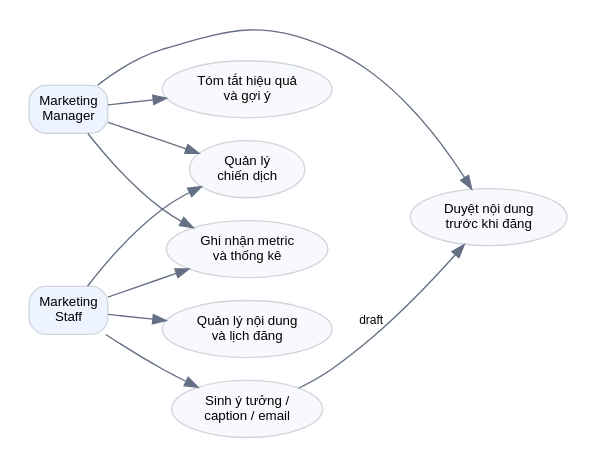
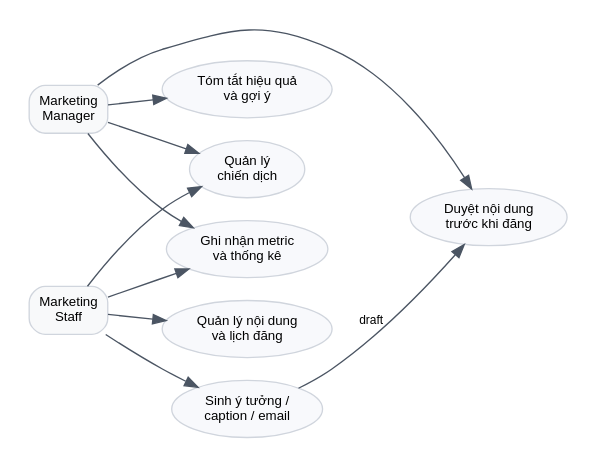
One commit to hieu-kiien/he-thong-quan-ly-chien-dich-marketing-co-tich-hop-ai changed the diagram in docs/diagrams/usecase.dot. Above: the diagram before and after it, drawn with Graphviz. The commit also changed 100 other files, not shown here.

```diff
--- a/docs/diagrams/usecase.dot
+++ b/docs/diagrams/usecase.dot
@@ -1,16 +1,16 @@
 digraph usecase {
   graph [rankdir=LR, bgcolor="white", pad=0.2, nodesep=0.25, ranksep=0.55];
   node [shape=ellipse, fontname="Arial", fontsize=10, style="filled", fillcolor="#f8f9fc", color="#d0d5dd"];
-  edge [fontname="Arial", fontsize=9, color="#667085"];
-  manager [label="Marketing\nManager", shape=box, style="rounded,filled", fillcolor="#eef4ff"];
-  staff [label="Marketing\nStaff", shape=box, style="rounded,filled", fillcolor="#eef4ff"];
+  edge [fontname="Arial", fontsize=9, color="#4b5563"];
+  manager [label="Marketing\nManager", shape=box, style="rounded,filled", fillcolor="#f8f9fa"];
+  staff [label="Marketing\nStaff", shape=box, style="rounded,filled", fillcolor="#f8f9fa"];
   campaign [label="Quản lý\nchiến dịch"];
   content [label="Quản lý nội dung\nvà lịch đăng"];
   metric [label="Ghi nhận metric\nvà thống kê"];
   approval [label="Duyệt nội dung\ntrước khi đăng"];
   ai [label="Sinh ý tưởng /\ncaption / email"];
   report [label="Tóm tắt hiệu quả\nvà gợi ý"];
   manager -> campaign; manager -> approval; manager -> report; manager -> metric;
   staff -> campaign; staff -> content; staff -> metric; staff -> ai;
   ai -> approval [label="draft"];
 }
```
